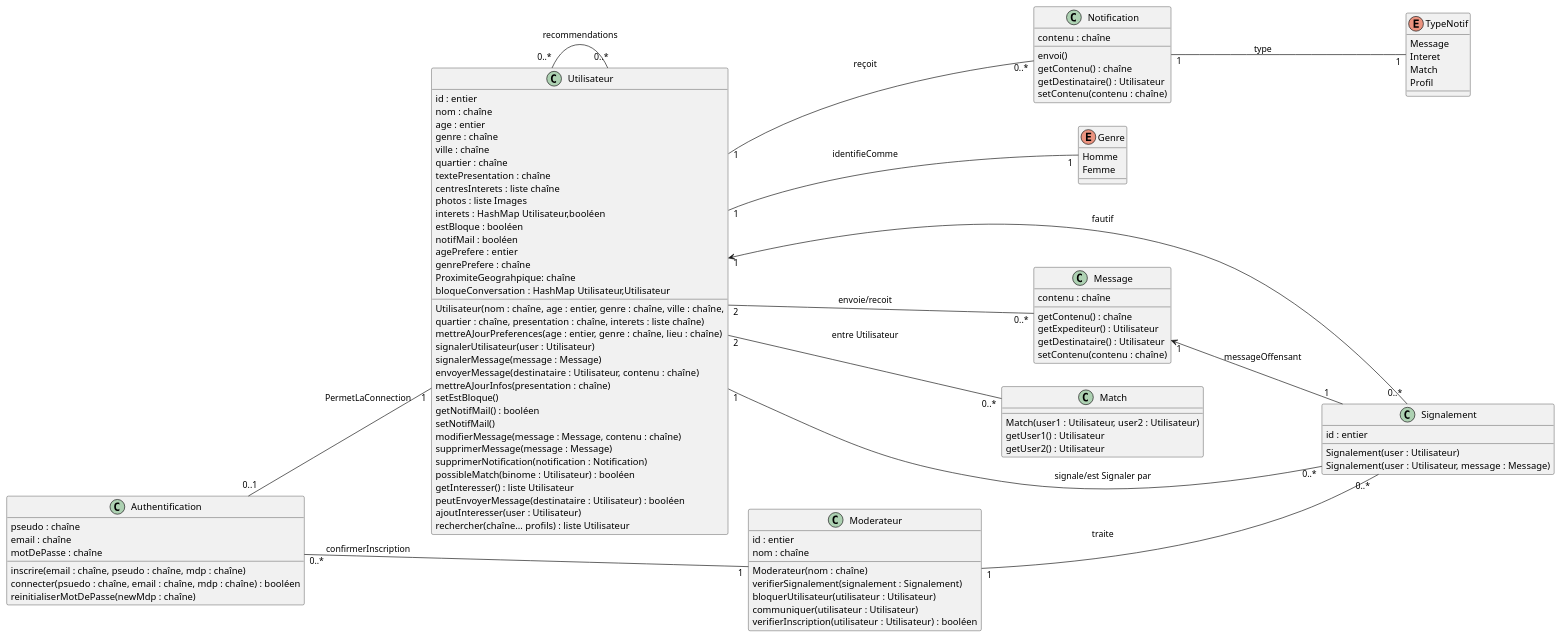
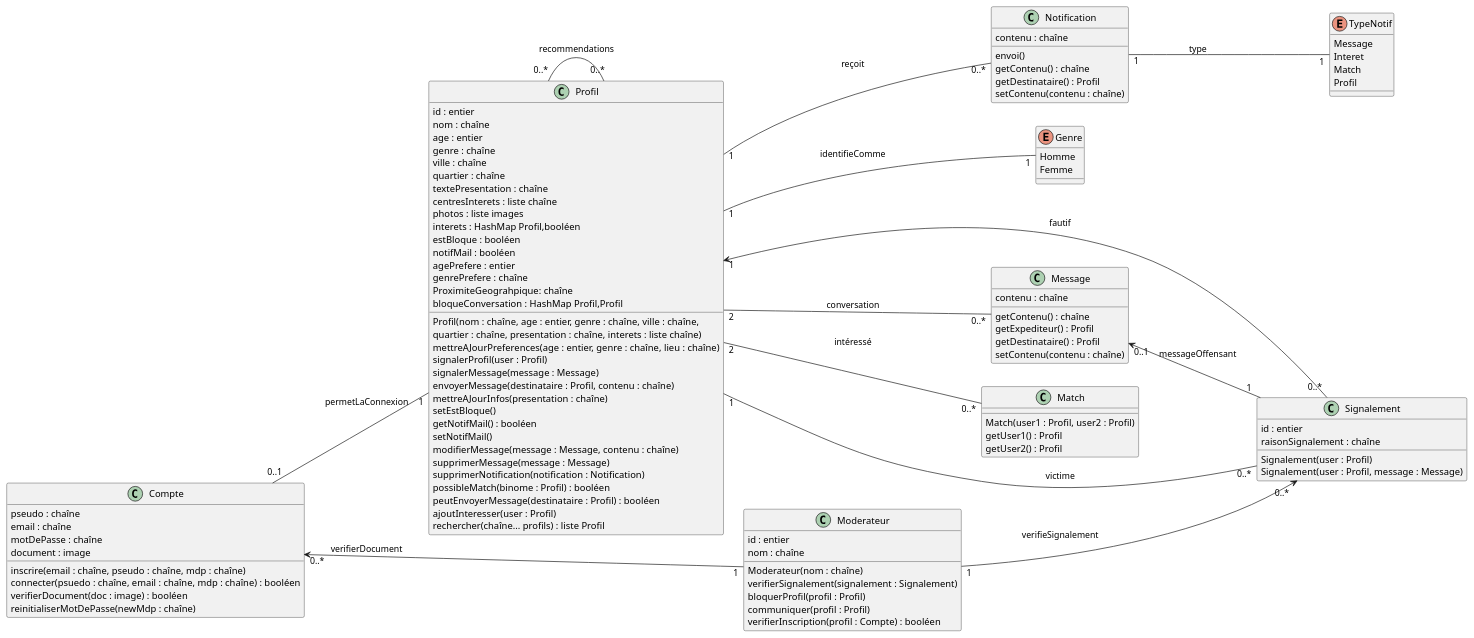
The diagram in src/Projet_Tinder_UML.puml (MinaroliCorentin/PSO), drawn with PlantUML before and after one commit.

Commit message:
Utilisateur s'appelle Profil, changement de nom de plusieurs liens et verif du document

```diff
--- a/src/Projet_Tinder_UML.puml
+++ b/src/Projet_Tinder_UML.puml
@@ -1,118 +1,120 @@
 @startuml
 left to right direction
 
 enum Genre {
     Homme
     Femme
 }
 
 '--- Classes ---'
-class Utilisateur {
+class Profil {
     id : entier
     nom : chaîne
     age : entier
     genre : chaîne
     ville : chaîne
     quartier : chaîne
     textePresentation : chaîne
     centresInterets : liste chaîne
-    photos : liste Images
-    interets : HashMap Utilisateur,booléen
+    photos : liste images
+    interets : HashMap Profil,booléen
     estBloque : booléen
     notifMail : booléen
     agePrefere : entier
     genrePrefere : chaîne
     ProximiteGeograhpique: chaîne
-    bloqueConversation : HashMap Utilisateur,Utilisateur
-    Utilisateur(nom : chaîne, age : entier, genre : chaîne, ville : chaîne,
+    bloqueConversation : HashMap Profil,Profil
+    Profil(nom : chaîne, age : entier, genre : chaîne, ville : chaîne,
     quartier : chaîne, presentation : chaîne, interets : liste chaîne)
     mettreAJourPreferences(age : entier, genre : chaîne, lieu : chaîne)
-    signalerUtilisateur(user : Utilisateur)
+    signalerProfil(user : Profil)
     signalerMessage(message : Message)
-    envoyerMessage(destinataire : Utilisateur, contenu : chaîne)
+    envoyerMessage(destinataire : Profil, contenu : chaîne)
     mettreAJourInfos(presentation : chaîne)
     setEstBloque()
     getNotifMail() : booléen
     setNotifMail()
     modifierMessage(message : Message, contenu : chaîne)
     supprimerMessage(message : Message)
     supprimerNotification(notification : Notification)
-    possibleMatch(binome : Utilisateur) : booléen
-    getInteresser() : liste Utilisateur
-    peutEnvoyerMessage(destinataire : Utilisateur) : booléen
-    ajoutInteresser(user : Utilisateur)
-    rechercher(chaîne... profils) : liste Utilisateur
+    possibleMatch(binome : Profil) : booléen
+    peutEnvoyerMessage(destinataire : Profil) : booléen
+    ajoutInteresser(user : Profil)
+    rechercher(chaîne... profils) : liste Profil
 }
 
 class Message {
     contenu : chaîne
     getContenu() : chaîne
-    getExpediteur() : Utilisateur
-    getDestinataire() : Utilisateur
+    getExpediteur() : Profil
+    getDestinataire() : Profil
     setContenu(contenu : chaîne)
 }
 
 class Notification {
     contenu : chaîne
     envoi()
     getContenu() : chaîne
-    getDestinataire() : Utilisateur
+    getDestinataire() : Profil
     setContenu(contenu : chaîne)
 }
 
 class Match {
-    Match(user1 : Utilisateur, user2 : Utilisateur)
-    getUser1() : Utilisateur
-    getUser2() : Utilisateur
+    Match(user1 : Profil, user2 : Profil)
+    getUser1() : Profil
+    getUser2() : Profil
 }
 
 class Signalement {
     id : entier
-    Signalement(user : Utilisateur)
-    Signalement(user : Utilisateur, message : Message)
+    raisonSignalement : chaîne
+    Signalement(user : Profil)
+    Signalement(user : Profil, message : Message)
 }
 
 class Moderateur {
     id : entier
     nom : chaîne
     Moderateur(nom : chaîne)
     verifierSignalement(signalement : Signalement)
-    bloquerUtilisateur(utilisateur : Utilisateur)
-    communiquer(utilisateur : Utilisateur)
-    verifierInscription(utilisateur : Utilisateur) : booléen
+    bloquerProfil(profil : Profil)
+    communiquer(profil : Profil)
+    verifierInscription(profil : Compte) : booléen
 }
 
 
-class Authentification {
+class Compte {
     pseudo : chaîne
     email : chaîne
     motDePasse : chaîne
+    document : image
     inscrire(email : chaîne, pseudo : chaîne, mdp : chaîne)
     connecter(psuedo : chaîne, email : chaîne, mdp : chaîne) : booléen
+    verifierDocument(doc : image) : booléen
     reinitialiserMotDePasse(newMdp : chaîne)
 }
 
 enum TypeNotif{
     Message
     Interet
     Match
     Profil
 }
 
 
 '--- Relations ---'
-Utilisateur "2" -- "0..*" Message : envoie/recoit
-Utilisateur "2" -- "0..*" Match : entre Utilisateur
-Utilisateur "1" -- "0..*" Signalement : signale/est Signaler par
-Utilisateur "1" <-- "0..*" Signalement : fautif
-Moderateur "1" -- "0..*" Signalement : traite
-Message "1" <-- "1" Signalement : messageOffensant
-Utilisateur "1" -- "0..*" Notification : reçoit
-Utilisateur "1" -- "1" Genre : identifieComme
-Authentification "0..*" -- "1" Moderateur : confirmerInscription
-Authentification "0..1" -- "1" Utilisateur : PermetLaConnection
+Profil "2" -- "0..*" Message : conversation
+Profil "2" -- "0..*" Match : intéressé
+Profil "1" -- "0..*" Signalement : victime
+Profil "1" <-- "0..*" Signalement : fautif
+Moderateur "1" --> "0..*" Signalement : verifieSignalement
+Message "0..1" <-- "1" Signalement : messageOffensant
+Profil "1" -- "0..*" Notification : reçoit
+Profil "1" -- "1" Genre : identifieComme
+Compte "0..*" <-- "1" Moderateur : verifierDocument
+Compte "0..1" -- "1" Profil : permetLaConnexion
 Notification "1"--"1" TypeNotif : type
 '(Classe pour une liste de profils recommandés)'
-Utilisateur "0..*"--"0..*" Utilisateur : recommendations
+Profil "0..*"--"0..*" Profil : recommendations
 
 @enduml
```
